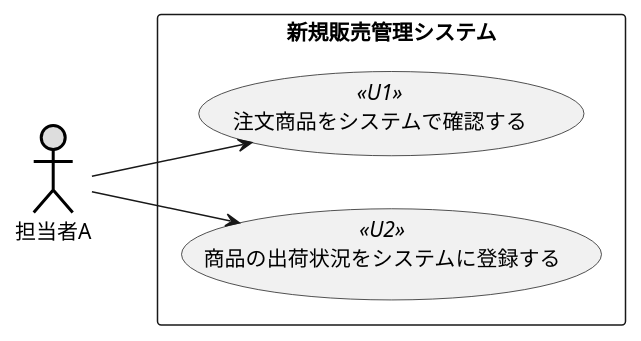
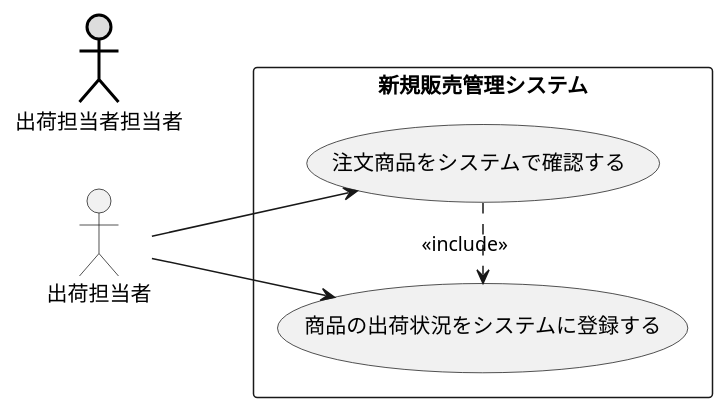
Before and after one commit to Shuma323/UML_inatroduction: the diagram in 演習2-5_盛岡商事_販売管理システム.pu, drawn with PlantUML.

Commit message:
演習2-5の修正

```diff
--- a/演習2-5_盛岡商事_販売管理システム.pu
+++ b/演習2-5_盛岡商事_販売管理システム.pu
@@ -1,10 +1,11 @@
 @startuml 盛岡商事
 left to right direction
-actor 担当者A#DDDDDD;line:black;line.bold;
+actor 出荷担当者担当者#DDDDDD;line:black;line.bold;
 rectangle 新規販売管理システム {
-usecase 注文商品をシステムで確認する << U1 >>
-usecase 商品の出荷状況をシステムに登録する << U2 >>
+usecase 注文商品をシステムで確認する
+usecase 商品の出荷状況をシステムに登録する 
 }
-担当者A --> 注文商品をシステムで確認する
-担当者A -->商品の出荷状況をシステムに登録する
+注文商品をシステムで確認する .> 商品の出荷状況をシステムに登録する : <<include>>
+出荷担当者 --> 注文商品をシステムで確認する
+出荷担当者 -->商品の出荷状況をシステムに登録する
 @endum
```
